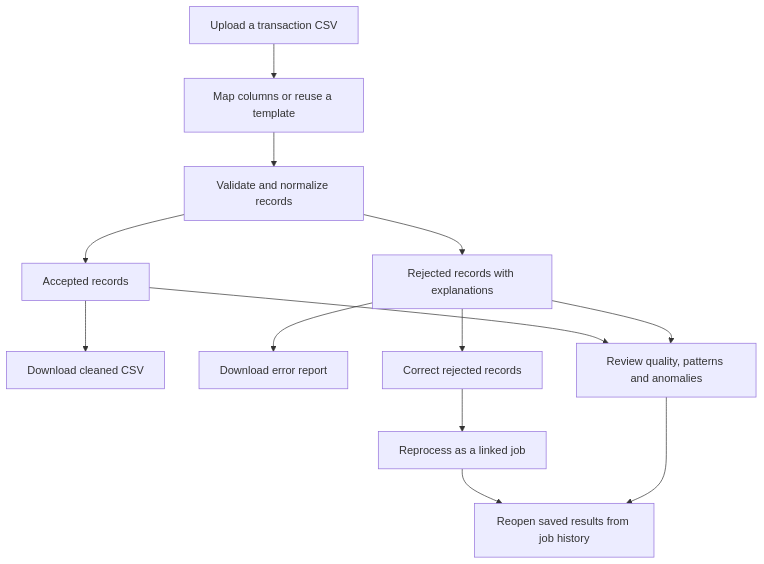
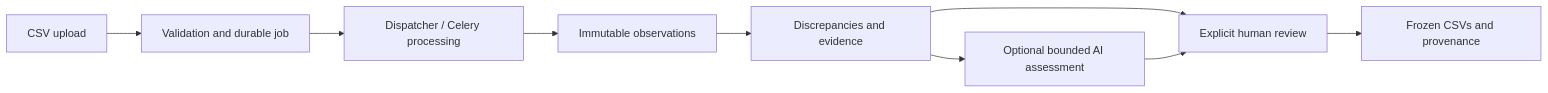
One commit to iayushmahajan/File-Intake-Data-Quality-Platform changed the diagram in README.md. Above: the diagram before and after it, drawn with Mermaid. The commit also changed other lines of this file and 284 other files, not shown here.

````diff
--- a/README.md
+++ b/README.md
@@ -33,15 +95,11 @@
 ```mermaid
-flowchart TD
-    A[Upload a transaction CSV] --> M[Map columns or reuse a template]
-    M --> B[Validate and normalize records]
-    B --> C[Accepted records]
-    B --> D[Rejected records with explanations]
-    C --> E[Download cleaned CSV]
-    D --> F[Download error report]
-    D --> R[Correct rejected records]
-    R --> V[Reprocess as a linked job]
-    V --> H
-    C --> G[Review quality, patterns and anomalies]
-    D --> G
-    G --> H[Reopen saved results from job history]
+flowchart LR
+    CSV[CSV upload] --> Job[Validation and durable job]
+    Job --> Worker[Dispatcher / Celery processing]
+    Worker --> Observations[Immutable observations]
+    Observations --> Evidence[Discrepancies and evidence]
+    Evidence --> Review[Explicit human review]
+    Evidence --> AI[Optional bounded AI assessment]
+    AI --> Review
+    Review --> Export[Frozen CSVs and provenance]
 ```
````
